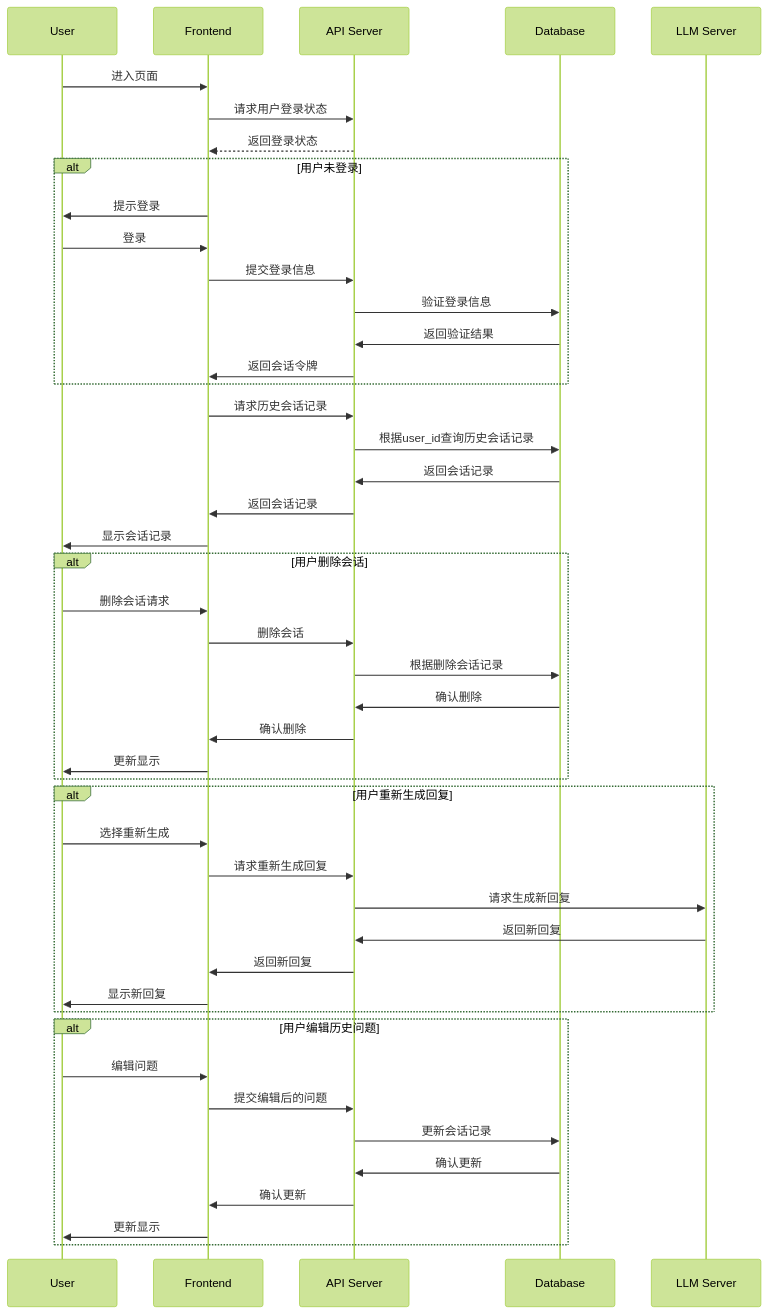
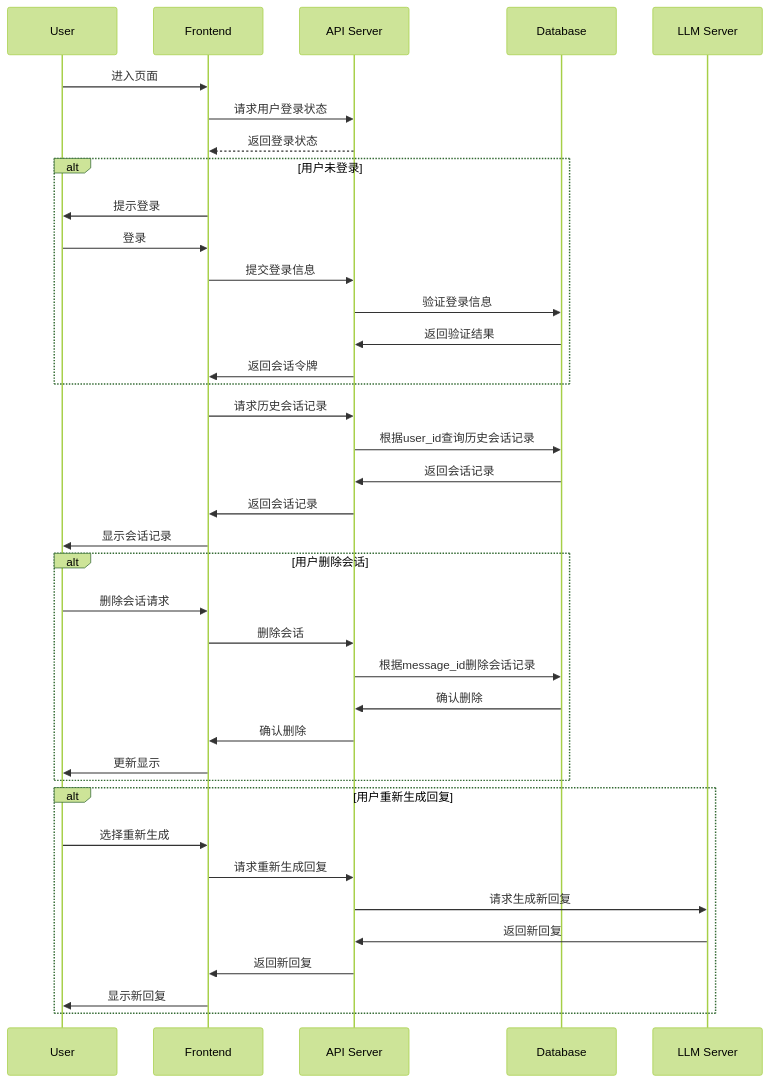
One commit to yingjianzh/iodraw-files changed the diagram in all/未命名-7.md. Above: the diagram before and after it, drawn with Mermaid (forest theme).

Commit message:
2024-10-08 16:51:56 update

````diff
--- a/all/未命名-7.md
+++ b/all/未命名-7.md
@@ -1,53 +1,45 @@
 ```mermaid
 sequenceDiagram
     participant User
     participant Frontend
     participant API Server
     participant Database
 
     User->>Frontend: 进入页面
     Frontend->>API Server: 请求用户登录状态
     API Server-->>Frontend: 返回登录状态
     alt 用户未登录
         Frontend->>User: 提示登录
         User->>Frontend: 登录
         Frontend->>API Server: 提交登录信息
         API Server->>Database: 验证登录信息
         Database->>API Server: 返回验证结果
         API Server->>Frontend: 返回会话令牌
     end
 
     Frontend->>API Server: 请求历史会话记录
     API Server->>Database: 根据user_id查询历史会话记录
     Database->>API Server: 返回会话记录
     API Server->>Frontend: 返回会话记录
     Frontend->>User: 显示会话记录
 
     alt 用户删除会话
         User->>Frontend: 删除会话请求
         Frontend->>API Server: 删除会话
-        API Server->>Database: 根据删除会话记录
+        API Server->>Database: 根据message_id删除会话记录
         Database->>API Server: 确认删除
         API Server->>Frontend: 确认删除
         Frontend->>User: 更新显示
     end
 
     alt 用户重新生成回复
         User->>Frontend: 选择重新生成
         Frontend->>API Server: 请求重新生成回复
         API Server->>LLM Server: 请求生成新回复
         LLM Server->>API Server: 返回新回复
         API Server->>Frontend: 返回新回复
         Frontend->>User: 显示新回复
     end
 
-    alt 用户编辑历史问题
-        User->>Frontend: 编辑问题
-        Frontend->>API Server: 提交编辑后的问题
-        API Server->>Database: 更新会话记录
-        Database->>API Server: 确认更新
-        API Server->>Frontend: 确认更新
-        Frontend->>User: 更新显示
-    end
 
 ```
````
